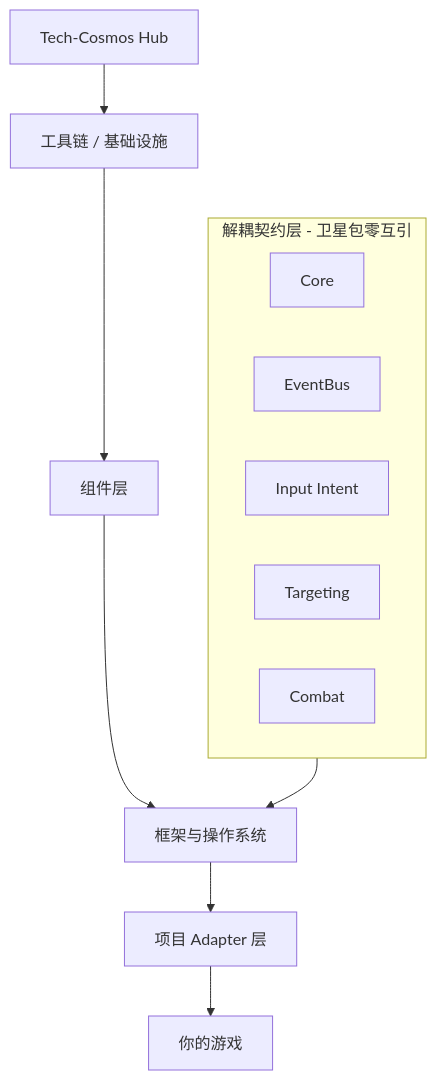
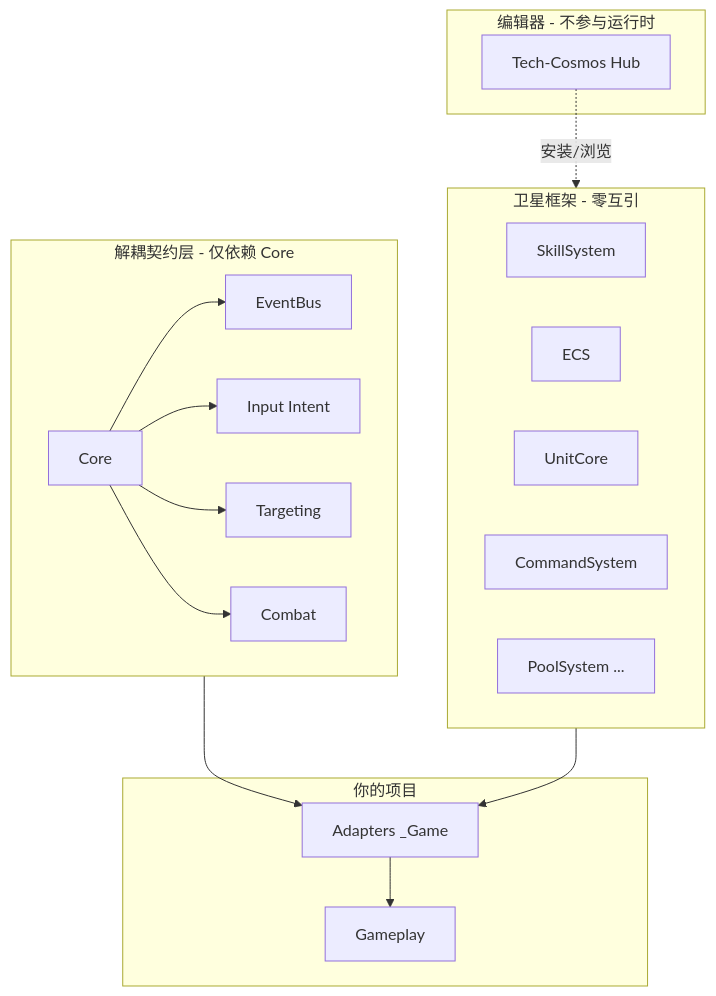
One commit to PeterParkers007/Tech-Cosmos changed the first of 2 diagrams in README.md. Above: the diagram before and after it, drawn with Mermaid. The commit also changed other lines of this file, not shown here.

````diff
--- a/README.md
+++ b/README.md
@@ -45,18 +121,33 @@
 ```mermaid
 graph TB
-    H[Tech-Cosmos Hub] --> A[工具链 / 基础设施]
-    A --> B[组件层]
-    B --> C[框架与操作系统]
-    C --> D[项目 Adapter 层]
-    D --> E[你的游戏]
-
-    subgraph F [解耦契约层 - 卫星包零互引]
-        F1[Core]
-        F2[EventBus]
-        F3[Input Intent]
-        F4[Targeting]
-        F5[Combat]
+    subgraph Editor [编辑器 - 不参与运行时]
+        H[Tech-Cosmos Hub]
     end
 
-    F --> C
+    subgraph Contract [解耦契约层 - 仅依赖 Core]
+        C0[Core]
+        C1[EventBus]
+        C2[Input Intent]
+        C3[Targeting]
+        C4[Combat]
+    end
+
+    subgraph Satellites [卫星框架 - 零互引]
+        S1[SkillSystem]
+        S2[ECS]
+        S3[UnitCore]
+        S4[CommandSystem]
+        S5[PoolSystem ...]
+    end
+
+    subgraph Project [你的项目]
+        A[Adapters _Game]
+        G[Gameplay]
+    end
+
+    H -.->|安装/浏览| Satellites
+    C0 --> C1 & C2 & C3 & C4
+    Contract --> A
+    Satellites --> A
+    A --> G
 ```
````
